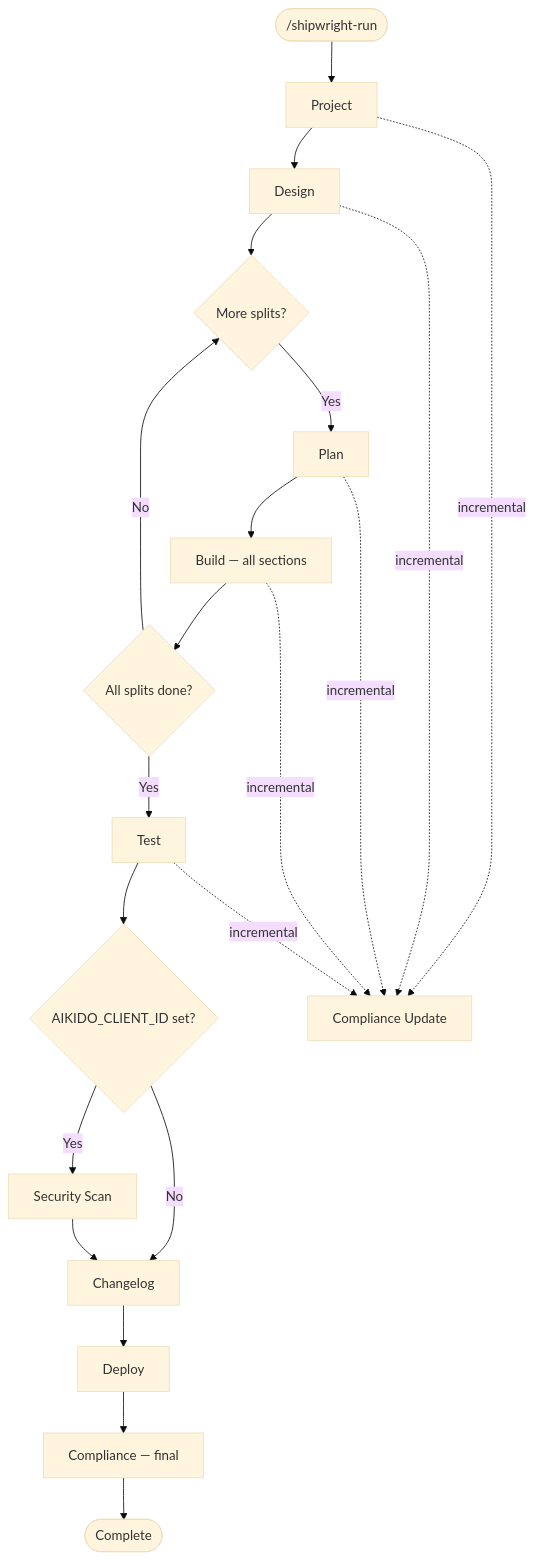
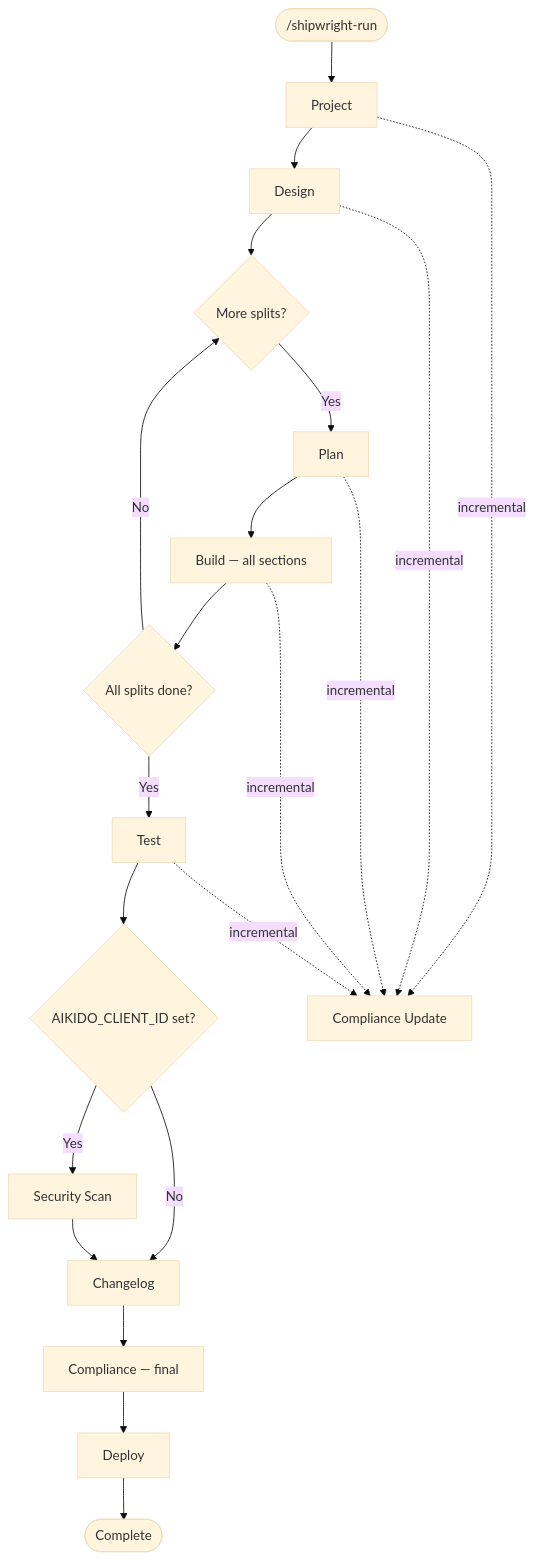
One commit to svenroth-ai/shipwright changed the diagram in docs/hooks-and-pipeline.md. Above: the diagram before and after it, drawn with Mermaid (base theme). The commit also changed other lines of this file and 10 other files, not shown here.

````diff
--- a/docs/hooks-and-pipeline.md
+++ b/docs/hooks-and-pipeline.md
@@ -11,28 +11,28 @@
 ```mermaid
 flowchart TD
     START([/shipwright-run]) --> PROJECT[Project]
     PROJECT --> DESIGN[Design]
     DESIGN --> PLAN_LOOP{More splits?}
 
     PLAN_LOOP -->|Yes| PLAN[Plan]
     PLAN --> BUILD[Build — all sections]
     BUILD --> SPLIT_CHECK{All splits done?}
     SPLIT_CHECK -->|No| PLAN_LOOP
     SPLIT_CHECK -->|Yes| TEST[Test]
 
     TEST --> SECURITY{AIKIDO_CLIENT_ID set?}
     SECURITY -->|Yes| SEC_SCAN[Security Scan]
     SECURITY -->|No| CHANGELOG
     SEC_SCAN --> CHANGELOG[Changelog]
 
-    CHANGELOG --> DEPLOY[Deploy]
-    DEPLOY --> COMPLIANCE[Compliance — final]
-    COMPLIANCE --> DONE([Complete])
+    CHANGELOG --> COMPLIANCE[Compliance — final]
+    COMPLIANCE --> DEPLOY[Deploy]
+    DEPLOY --> DONE([Complete])
 
     %% Side-effects (dashed)
     PROJECT -.->|incremental| COMP_INC[Compliance Update]
     DESIGN -.->|incremental| COMP_INC
     PLAN -.->|incremental| COMP_INC
     BUILD -.->|incremental| COMP_INC
     TEST -.->|incremental| COMP_INC
 ```
````
